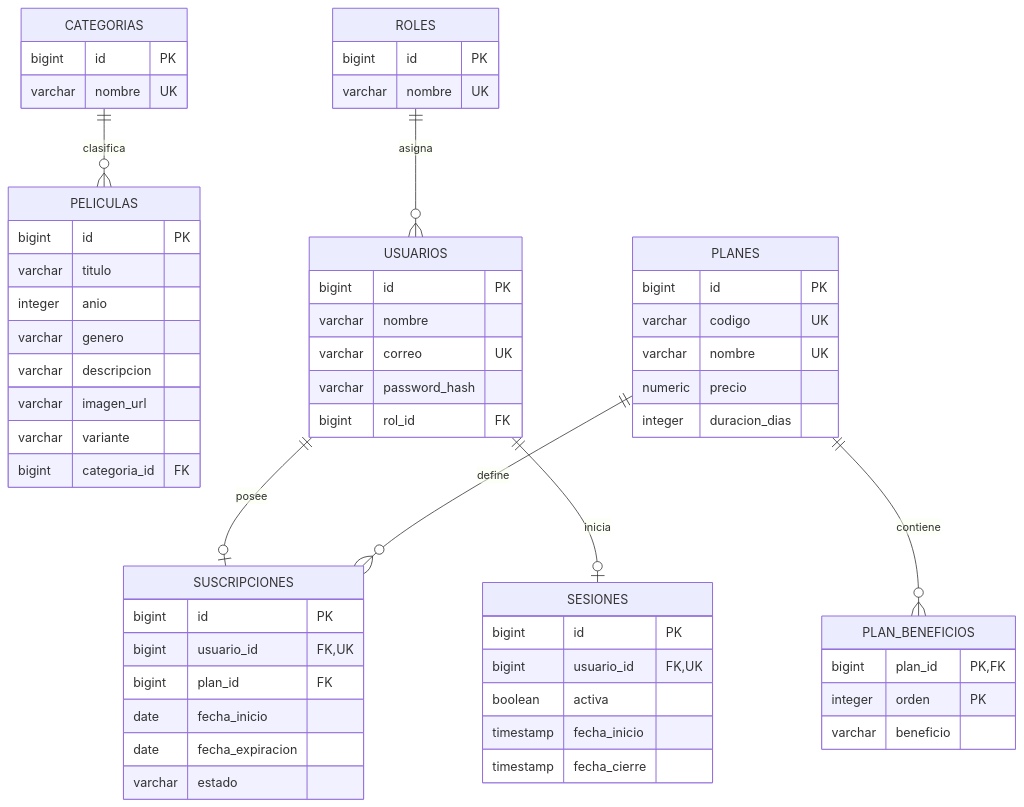
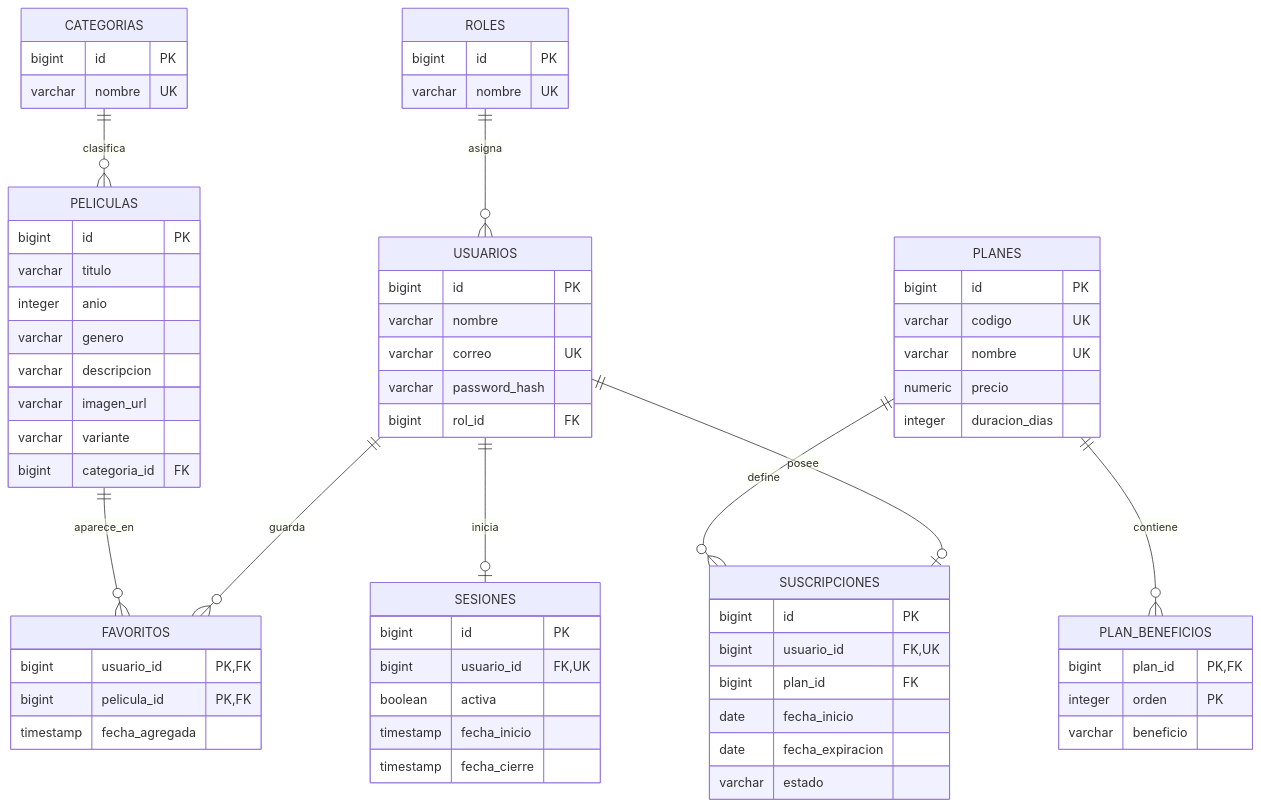
Before and after one commit to brigitterodriguezp/movs-app: the second of 7 diagrams in README.md, drawn with Mermaid. The commit also changed other lines of this file and 13 other files, not shown here.

````diff
--- a/README.md
+++ b/README.md
@@ -423,69 +438,77 @@
 ```mermaid
 erDiagram
   CATEGORIAS ||--o{ PELICULAS : clasifica
   ROLES ||--o{ USUARIOS : asigna
   USUARIOS ||--o| SUSCRIPCIONES : posee
   PLANES ||--o{ SUSCRIPCIONES : define
   PLANES ||--o{ PLAN_BENEFICIOS : contiene
   USUARIOS ||--o| SESIONES : inicia
+  USUARIOS ||--o{ FAVORITOS : guarda
+  PELICULAS ||--o{ FAVORITOS : aparece_en
 
   CATEGORIAS {
     bigint id PK
     varchar nombre UK
   }
 
   ROLES {
     bigint id PK
     varchar nombre UK
   }
 
   USUARIOS {
     bigint id PK
     varchar nombre
     varchar correo UK
     varchar password_hash
     bigint rol_id FK
   }
 
   PLANES {
     bigint id PK
     varchar codigo UK
     varchar nombre UK
     numeric precio
     integer duracion_dias
   }
 
   PLAN_BENEFICIOS {
     bigint plan_id PK, FK
     integer orden PK
     varchar beneficio
   }
 
   SUSCRIPCIONES {
     bigint id PK
     bigint usuario_id FK, UK
     bigint plan_id FK
     date fecha_inicio
     date fecha_expiracion
     varchar estado
   }
 
   PELICULAS {
     bigint id PK
     varchar titulo
     integer anio
     varchar genero
     varchar descripcion
     varchar imagen_url
     varchar variante
     bigint categoria_id FK
   }
 
   SESIONES {
     bigint id PK
     bigint usuario_id FK, UK
     boolean activa
     timestamp fecha_inicio
     timestamp fecha_cierre
   }
+
+  FAVORITOS {
+    bigint usuario_id PK, FK
+    bigint pelicula_id PK, FK
+    timestamp fecha_agregada
+  }
 ```
````
